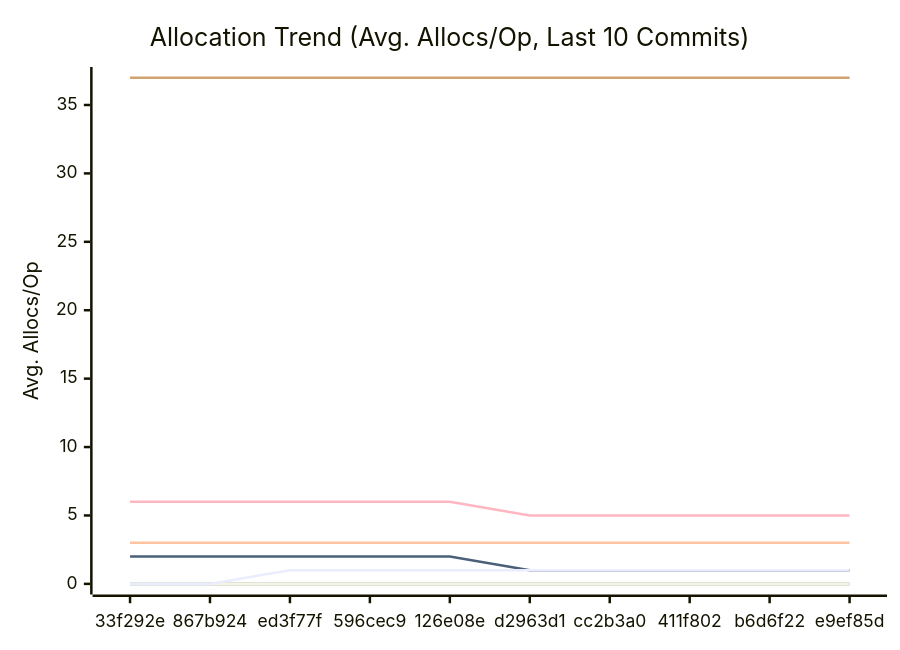
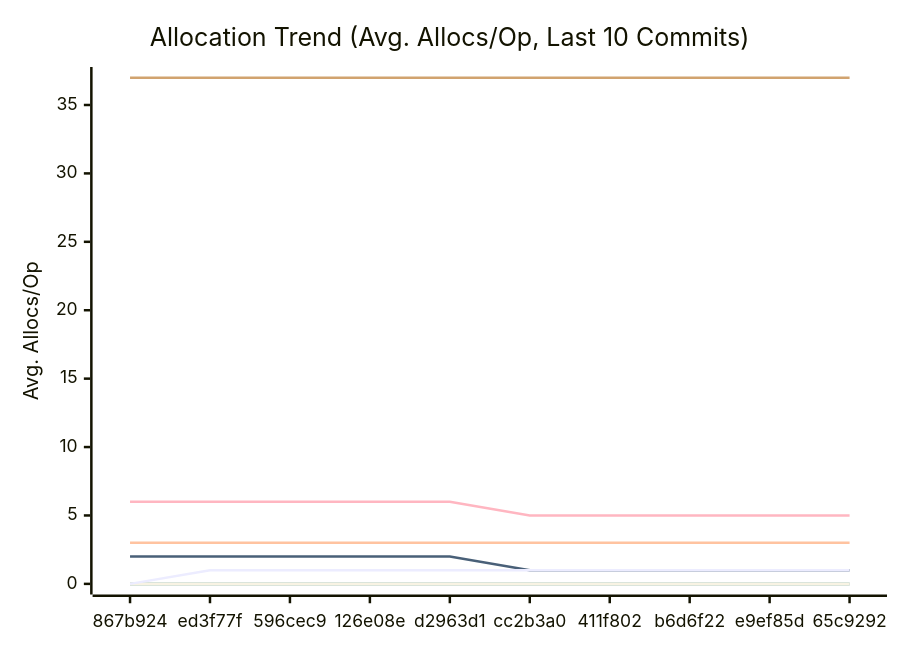
Before and after one commit to alsotoes/momo: the third of 3 diagrams in docs/PERFORMANCE.md, drawn with Mermaid. The commit also changed other lines of this file and 2 other files, not shown here.

````diff
--- a/docs/PERFORMANCE.md
+++ b/docs/PERFORMANCE.md
@@ -176,18 +176,18 @@
 ```mermaid
 xychart-beta
     title "Allocation Trend (Avg. Allocs/Op, Last 10 Commits)"
     x-axis "Commit"
     y-axis "Avg. Allocs/Op"
-    x-axis [33f292e,867b924,ed3f77f,596cec9,126e08e,d2963d1,cc2b3a0,411f802,b6d6f22,e9ef85d]
+    x-axis [867b924,ed3f77f,596cec9,126e08e,d2963d1,cc2b3a0,411f802,b6d6f22,e9ef85d,65c9292]
     line "CheckMetricsAndSwap" [0,0,0,0,0,0,0,0,0,0]
     line "CrushOptimized" [0,0,0,0,0,0,0,0,0,0]
     line "CrushOriginal" [3,3,3,3,3,3,3,3,3,3]
     line "IndexDirectTracking" [0,0,0,0,0,0,0,0,0,0]
     line "IndexSearch" [0,0,0,0,0,0,0,0,0,0]
     line "LoadGlobalConfig" [37,37,37,37,37,37,37,37,37,37]
     line "PadString" [0,0,0,0,0,0,0,0,0,0]
     line "ParseReplicationOrder_NoPrealloc" [6,6,6,6,6,5,5,5,5,5]
     line "ParseReplicationOrder_Prealloc" [2,2,2,2,2,1,1,1,1,1]
     line "SanitizeLog/Safe" [0,0,0,0,0,0,0,0,0,0]
-    line "SanitizeLog/Unsafe" [0,0,1,1,1,1,1,1,1,1]
+    line "SanitizeLog/Unsafe" [0,1,1,1,1,1,1,1,1,1]
 ```
````
